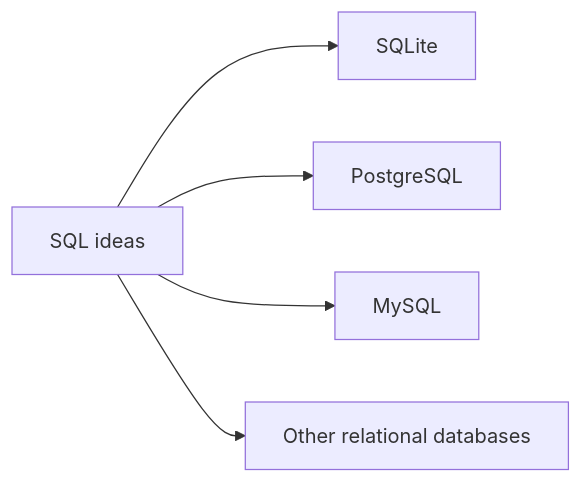
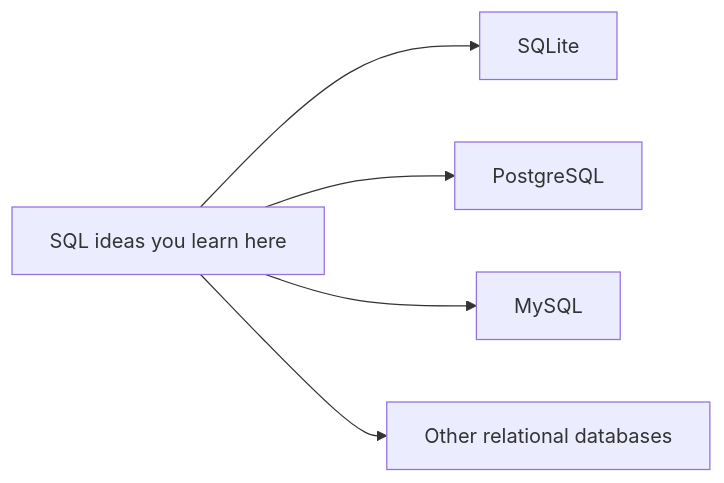
The third of 4 diagrams in content/learn/sqlite-for-beginners/why-sqlite.mdx (dataslope/dataslope), drawn with Mermaid before and after one commit. The commit also changed other lines of this file and 7 other files, not shown here.

````diff
--- a/content/learn/sqlite-for-beginners/why-sqlite.mdx
+++ b/content/learn/sqlite-for-beginners/why-sqlite.mdx
@@ -227,7 +238,7 @@
 ```mermaid
 flowchart LR
-    A["SQL ideas"] --> S["SQLite"]
+    A["SQL ideas you learn here"] --> S["SQLite"]
     A --> P["PostgreSQL"]
     A --> M["MySQL"]
     A --> O["Other relational databases"]
 ```
````
